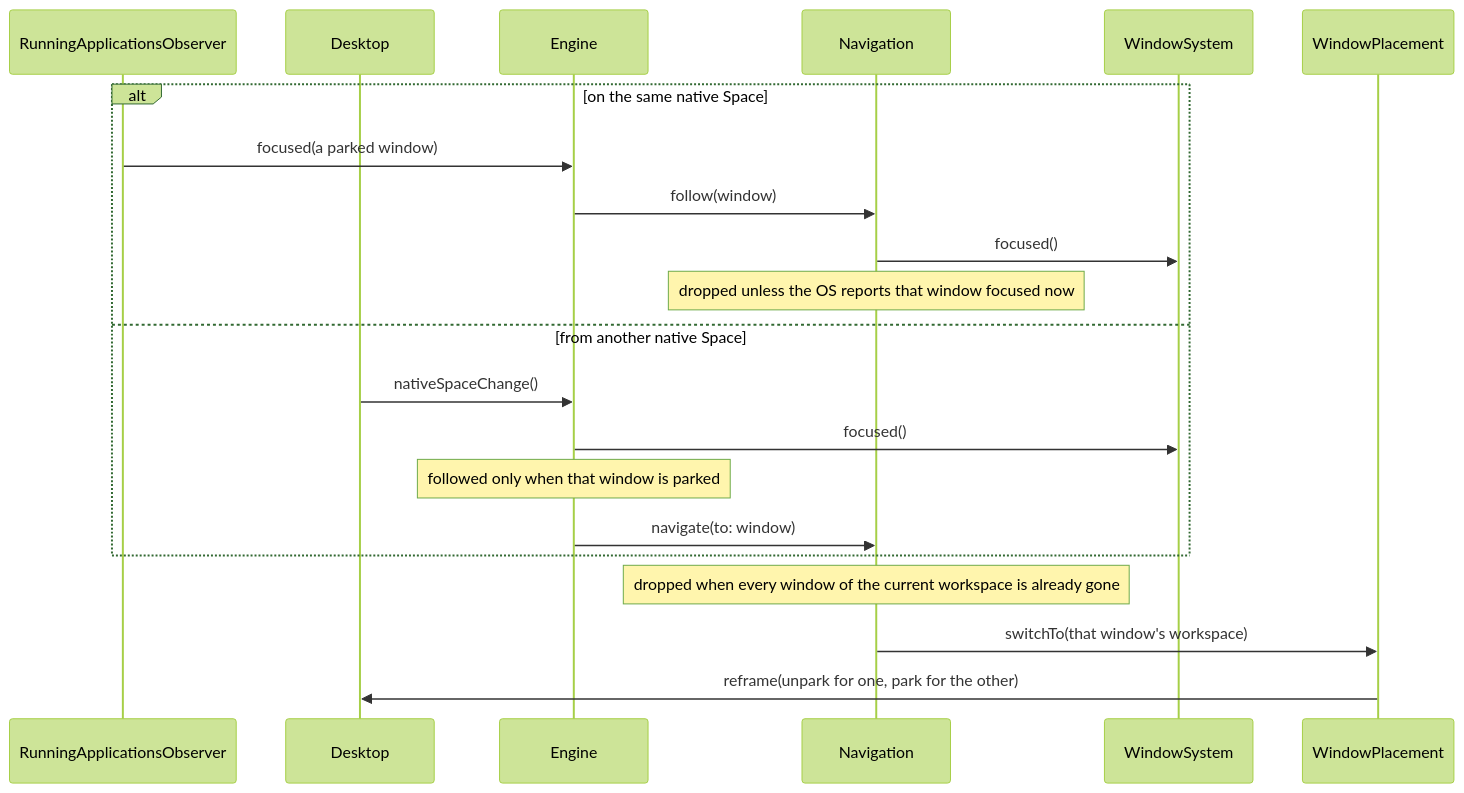
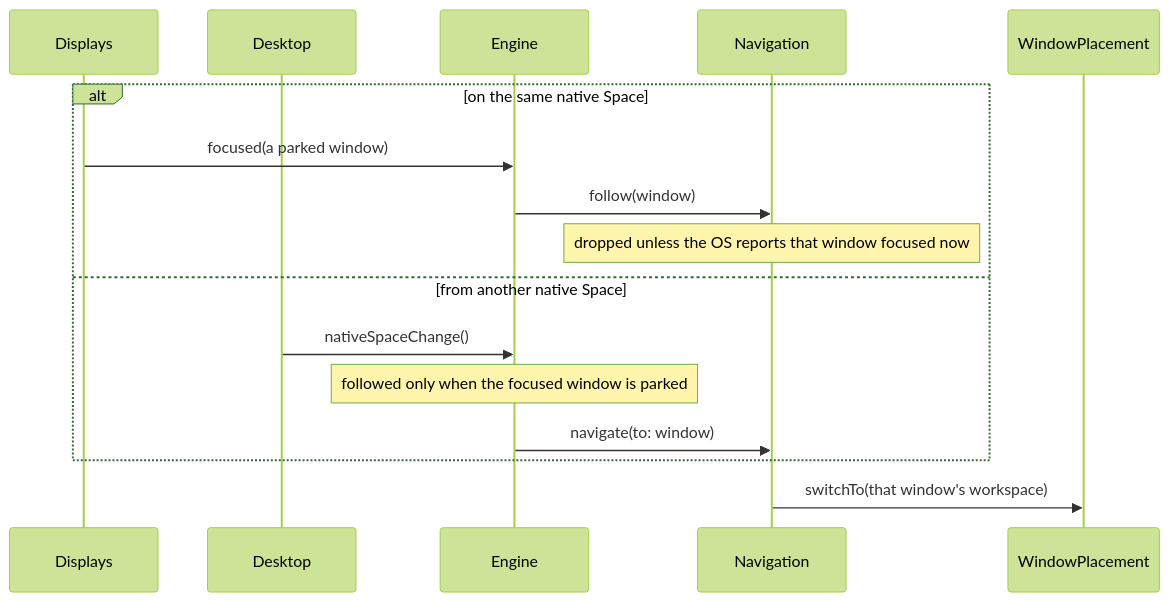
One commit to brennovich/ottowm changed diagram 15 of 25 in ARCHITECTURE.md. Above: the diagram before and after it, drawn with Mermaid (forest theme). The commit also changed other lines of this file and 71 other files, not shown here.

First line of the commit message:
Run one engine and one Pager per display

````diff
--- a/ARCHITECTURE.md
+++ b/ARCHITECTURE.md
@@ -338,24 +364,19 @@
 ```mermaid
 sequenceDiagram
-    participant RunningApplicationsObserver
+    participant Displays
     participant Desktop
     participant Engine
     participant Navigation
-    participant WindowSystem
     participant WindowPlacement
 
     alt on the same native Space
-        RunningApplicationsObserver->>Engine: focused(a parked window)
+        Displays->>Engine: focused(a parked window)
         Engine->>Navigation: follow(window)
-        Navigation->>WindowSystem: focused()
         Note over Navigation: dropped unless the OS reports that window focused now
     else from another native Space
         Desktop->>Engine: nativeSpaceChange()
-        Engine->>WindowSystem: focused()
-        Note over Engine: followed only when that window is parked
+        Note over Engine: followed only when the focused window is parked
         Engine->>Navigation: navigate(to: window)
     end
-    Note over Navigation: dropped when every window of the current workspace is already gone
     Navigation->>WindowPlacement: switchTo(that window's workspace)
-    WindowPlacement->>Desktop: reframe(unpark for one, park for the other)
 ```
````
